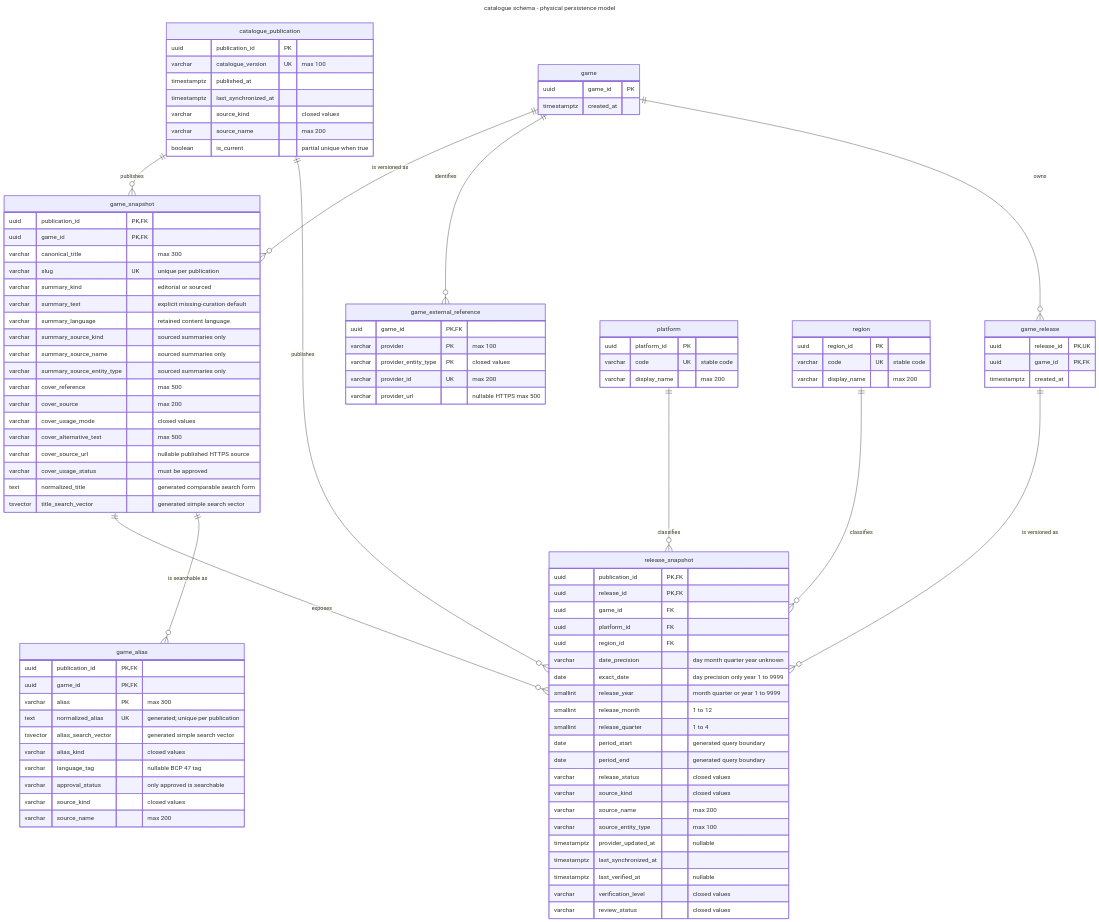
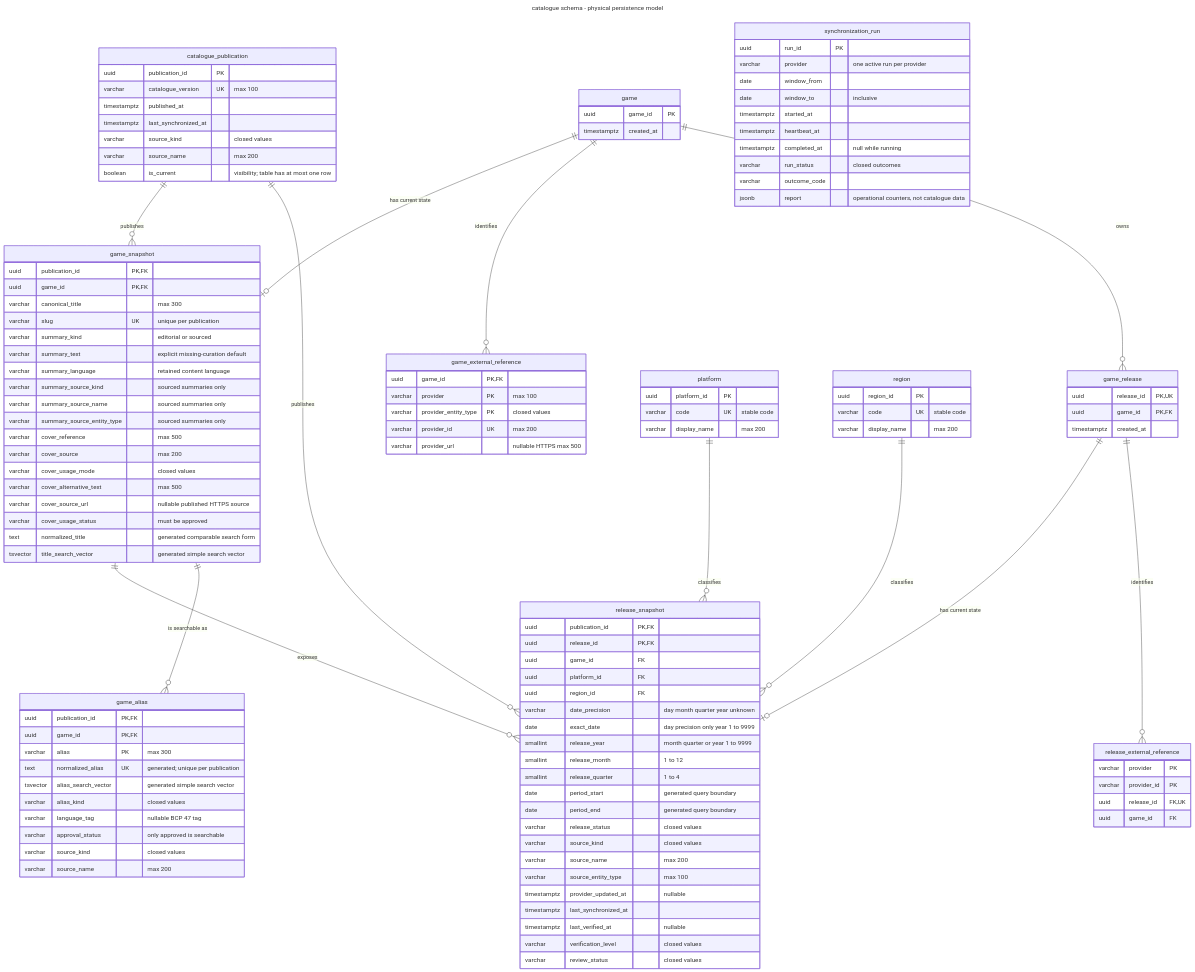
The diagram in docs/architecture/diagrams/mermaid/catalogue-persistence-model.mmd (rubhern/videogame-platform), drawn with Mermaid before and after one commit. The commit also changed 92 other files, not shown here.

Commit message:
feat(catalogue): synchronize IGDB catalogue by date window

```diff
--- a/docs/architecture/diagrams/mermaid/catalogue-persistence-model.mmd
+++ b/docs/architecture/diagrams/mermaid/catalogue-persistence-model.mmd
@@ -1,116 +1,137 @@
 ---
 title: catalogue schema - physical persistence model
 ---
 %% Physical communication view for the module-owned catalogue schema.
 %% Executable authority: backend/src/main/resources/db/migration/.
 %% Decision context: docs/development/database-migrations.md.
 erDiagram
     catalogue_publication ||--o{ game_snapshot : publishes
-    game ||--o{ game_snapshot : "is versioned as"
+    game ||--o| game_snapshot : "has current state"
     game ||--o{ game_external_reference : identifies
     game ||--o{ game_release : owns
     catalogue_publication ||--o{ release_snapshot : publishes
     game_snapshot ||--o{ release_snapshot : exposes
     game_snapshot ||--o{ game_alias : "is searchable as"
-    game_release ||--o{ release_snapshot : "is versioned as"
+    game_release ||--o| release_snapshot : "has current state"
     platform ||--o{ release_snapshot : classifies
     region ||--o{ release_snapshot : classifies
+    game_release ||--o{ release_external_reference : identifies
 
     catalogue_publication {
         uuid publication_id PK
         varchar catalogue_version UK "max 100"
         timestamptz published_at
         timestamptz last_synchronized_at
         varchar source_kind "closed values"
         varchar source_name "max 200"
-        boolean is_current "partial unique when true"
+        boolean is_current "visibility; table has at most one row"
     }
 
     game {
         uuid game_id PK
         timestamptz created_at
     }
 
     game_snapshot {
         uuid publication_id PK,FK
         uuid game_id PK,FK
         varchar canonical_title "max 300"
         varchar slug UK "unique per publication"
         varchar summary_kind "editorial or sourced"
         varchar summary_text "explicit missing-curation default"
         varchar summary_language "retained content language"
         varchar summary_source_kind "sourced summaries only"
         varchar summary_source_name "sourced summaries only"
         varchar summary_source_entity_type "sourced summaries only"
         varchar cover_reference "max 500"
         varchar cover_source "max 200"
         varchar cover_usage_mode "closed values"
         varchar cover_alternative_text "max 500"
         varchar cover_source_url "nullable published HTTPS source"
         varchar cover_usage_status "must be approved"
         text normalized_title "generated comparable search form"
         tsvector title_search_vector "generated simple search vector"
     }
 
     game_alias {
         uuid publication_id PK,FK
         uuid game_id PK,FK
         varchar alias PK "max 300"
         text normalized_alias UK "generated; unique per publication"
         tsvector alias_search_vector "generated simple search vector"
         varchar alias_kind "closed values"
         varchar language_tag "nullable BCP 47 tag"
         varchar approval_status "only approved is searchable"
         varchar source_kind "closed values"
         varchar source_name "max 200"
     }
 
     game_external_reference {
         uuid game_id PK,FK
         varchar provider PK "max 100"
         varchar provider_entity_type PK "closed values"
         varchar provider_id UK "max 200"
         varchar provider_url "nullable HTTPS max 500"
     }
 
     platform {
         uuid platform_id PK
         varchar code UK "stable code"
         varchar display_name "max 200"
     }
 
     region {
         uuid region_id PK
         varchar code UK "stable code"
         varchar display_name "max 200"
     }
 
     game_release {
         uuid release_id PK,UK
         uuid game_id PK,FK
         timestamptz created_at
     }
 
     release_snapshot {
         uuid publication_id PK,FK
         uuid release_id PK,FK
         uuid game_id FK
         uuid platform_id FK
         uuid region_id FK
         varchar date_precision "day month quarter year unknown"
         date exact_date "day precision only year 1 to 9999"
         smallint release_year "month quarter or year 1 to 9999"
         smallint release_month "1 to 12"
         smallint release_quarter "1 to 4"
         date period_start "generated query boundary"
         date period_end "generated query boundary"
         varchar release_status "closed values"
         varchar source_kind "closed values"
         varchar source_name "max 200"
         varchar source_entity_type "max 100"
         timestamptz provider_updated_at "nullable"
         timestamptz last_synchronized_at
         timestamptz last_verified_at "nullable"
         varchar verification_level "closed values"
         varchar review_status "closed values"
     }
+
+    release_external_reference {
+        varchar provider PK
+        varchar provider_id PK
+        uuid release_id FK,UK
+        uuid game_id FK
+    }
+
+    synchronization_run {
+        uuid run_id PK
+        varchar provider "one active run per provider"
+        date window_from
+        date window_to "inclusive"
+        timestamptz started_at
+        timestamptz heartbeat_at
+        timestamptz completed_at "null while running"
+        varchar run_status "closed outcomes"
+        varchar outcome_code
+        jsonb report "operational counters, not catalogue data"
+    }
```
